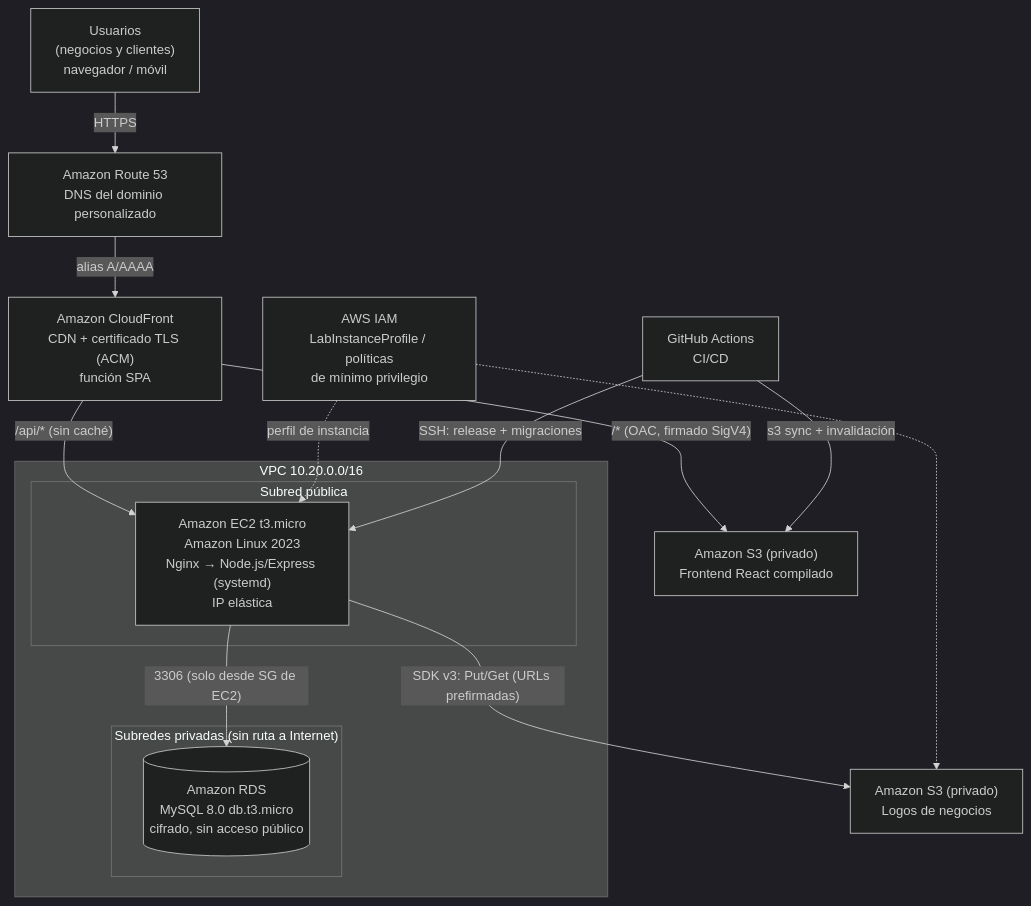
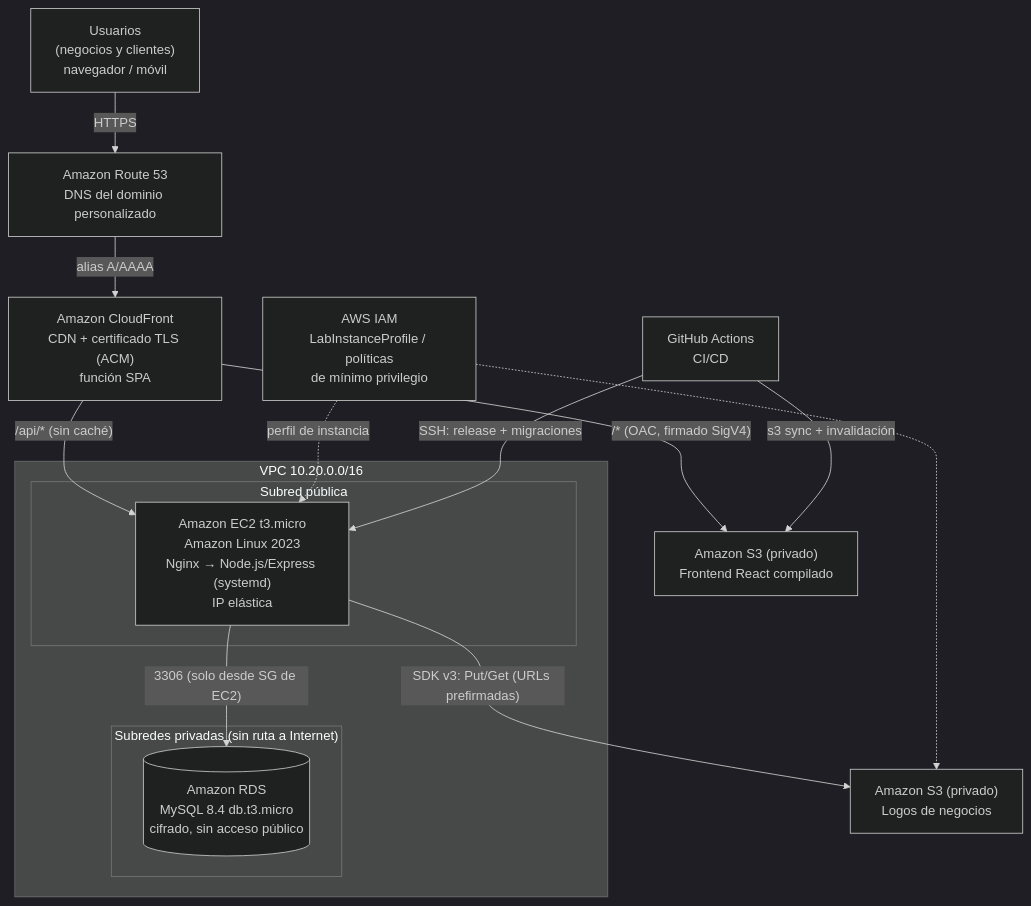
The diagram in docs/diagramas/01-arquitectura-aws.mmd (dylanfuentes0330/agenda-facil), drawn with Mermaid (dark theme) before and after one commit. The commit also changed 39 other files, not shown here.

```diff
--- a/docs/diagramas/01-arquitectura-aws.mmd
+++ b/docs/diagramas/01-arquitectura-aws.mmd
@@ -1,20 +1,21 @@
+%% Arquitectura OBJETIVO con CloudFront (EnableCloudFront=true). La desplegada en Learner Lab está en 07-arquitectura-aws-desplegada.mmd
 flowchart TB
   U["Usuarios<br/>(negocios y clientes)<br/>navegador / móvil"] -->|HTTPS| R53
   R53["Amazon Route 53<br/>DNS del dominio personalizado"] -->|alias A/AAAA| CF
   CF["Amazon CloudFront<br/>CDN + certificado TLS (ACM)<br/>función SPA"]
   CF -->|"/* (OAC, firmado SigV4)"| S3F["Amazon S3 (privado)<br/>Frontend React compilado"]
   CF -->|"/api/* (sin caché)"| EC2
   subgraph VPC["VPC 10.20.0.0/16"]
     subgraph PUB["Subred pública"]
       EC2["Amazon EC2 t3.micro<br/>Amazon Linux 2023<br/>Nginx → Node.js/Express (systemd)<br/>IP elástica"]
     end
     subgraph PRIV["Subredes privadas (sin ruta a Internet)"]
-      RDS[("Amazon RDS<br/>MySQL 8.0 db.t3.micro<br/>cifrado, sin acceso público")]
+      RDS[("Amazon RDS<br/>MySQL 8.4 db.t3.micro<br/>cifrado, sin acceso público")]
     end
   end
   EC2 -->|"3306 (solo desde SG de EC2)"| RDS
   EC2 -->|"SDK v3: Put/Get (URLs prefirmadas)"| S3U["Amazon S3 (privado)<br/>Logos de negocios"]
   IAM["AWS IAM<br/>LabInstanceProfile / políticas<br/>de mínimo privilegio"] -.->|perfil de instancia| EC2
   IAM -.-> S3U
   GH["GitHub Actions<br/>CI/CD"] -->|"SSH: release + migraciones"| EC2
   GH -->|"s3 sync + invalidación"| S3F
```
